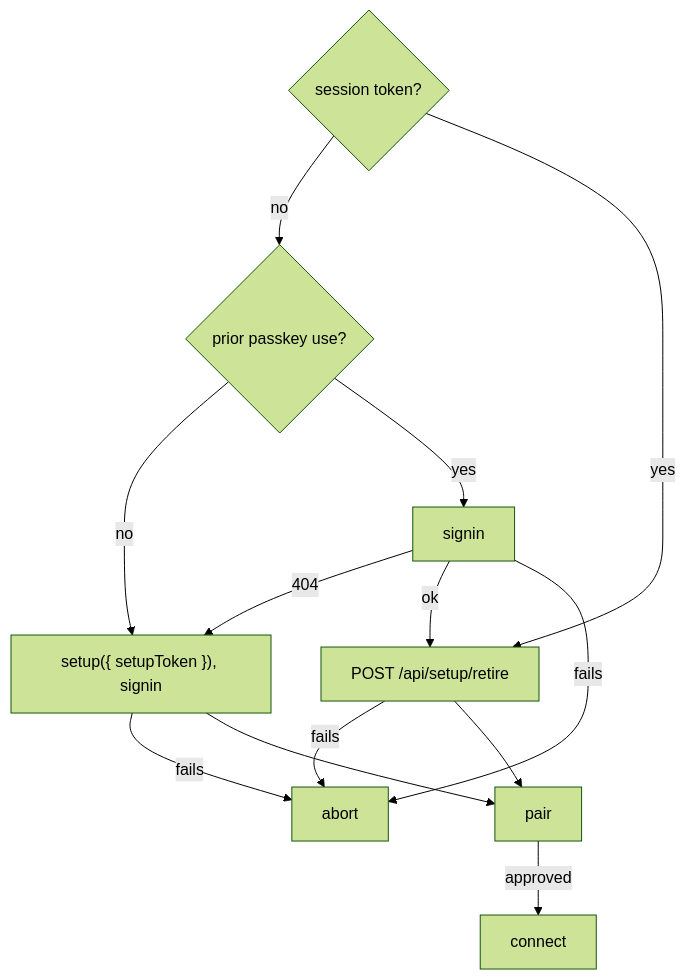
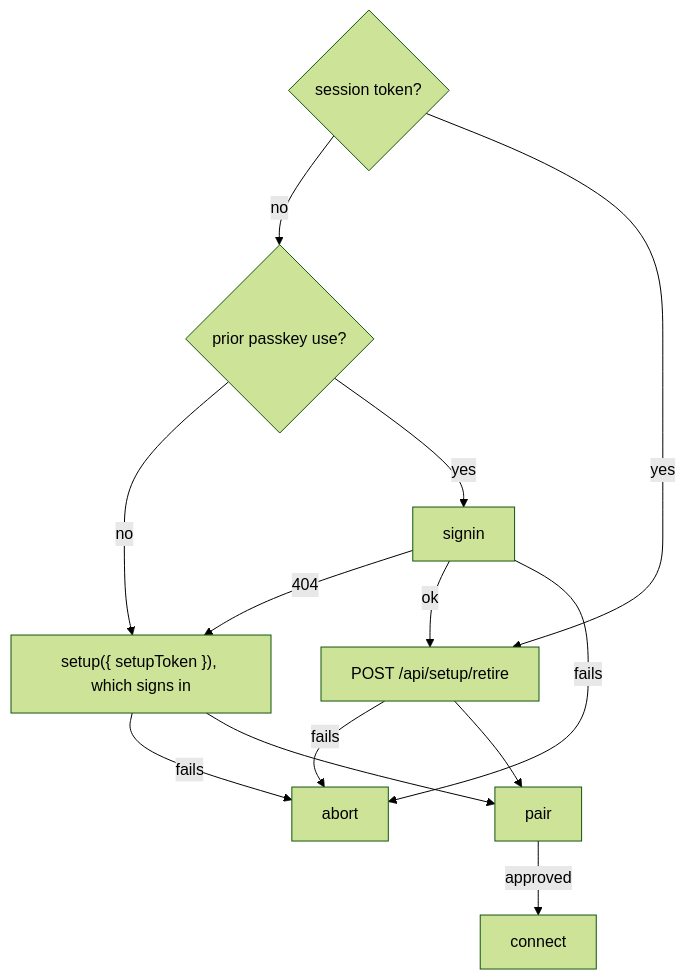
The diagram in docs/specs/pocket-app.md (diffplug/dormouse), drawn with Mermaid (forest theme) before and after one commit. The commit also changed 17 other files, not shown here.

````diff
--- a/docs/specs/pocket-app.md
+++ b/docs/specs/pocket-app.md
@@ -33,14 +33,14 @@
 ```mermaid
 flowchart TD
   T{session token?}
   T -- no --> U{prior passkey use?}
-  U -- no --> G["setup({ setupToken }), signin"]
+  U -- no --> G["setup({ setupToken }), which signs in"]
   U -- yes --> I[signin]
   I -- 404 --> G
   I -- ok --> R[POST /api/setup/retire]
   T -- yes --> R
   R & I & G -- fails --> X[abort]
   R --> P[pair]
   G --> P
   P -- approved --> C[connect]
 ```
````
